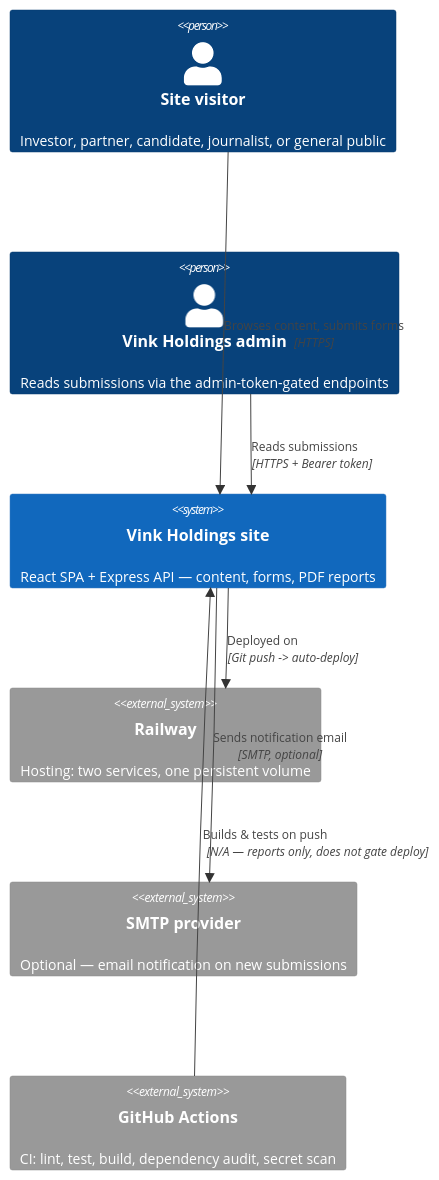
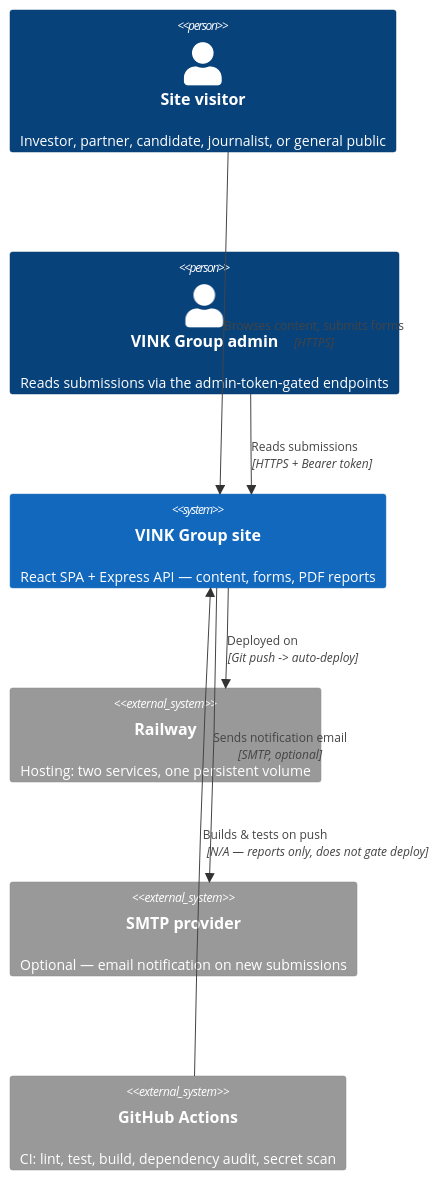
One commit to vincentkafula/VINK-Holding changed the first of 2 diagrams in docs/architecture.md. Above: the diagram before and after it, drawn with Mermaid. The commit also changed other lines of this file and 18 other files, not shown here.

First line of the commit message:
Rename brand: Vink Holdings -> VINK Group (Pty Ltd in legal contexts)

````diff
--- a/docs/architecture.md
+++ b/docs/architecture.md
@@ -9,17 +9,17 @@
 ```mermaid
 C4Context
     Person(visitor, "Site visitor", "Investor, partner, candidate, journalist, or general public")
-    Person(admin, "Vink Holdings admin", "Reads submissions via the admin-token-gated endpoints")
+    Person(admin, "VINK Group admin", "Reads submissions via the admin-token-gated endpoints")
 
-    System(site, "Vink Holdings site", "React SPA + Express API — content, forms, PDF reports")
+    System(site, "VINK Group site", "React SPA + Express API — content, forms, PDF reports")
 
     System_Ext(railway, "Railway", "Hosting: two services, one persistent volume")
     System_Ext(smtp, "SMTP provider", "Optional — email notification on new submissions")
     System_Ext(github, "GitHub Actions", "CI: lint, test, build, dependency audit, secret scan")
 
     Rel(visitor, site, "Browses content, submits forms", "HTTPS")
     Rel(admin, site, "Reads submissions", "HTTPS + Bearer token")
     Rel(site, smtp, "Sends notification email", "SMTP, optional")
     Rel(github, site, "Builds & tests on push", "N/A — reports only, does not gate deploy")
     Rel(site, railway, "Deployed on", "Git push -> auto-deploy")
 ```
````
